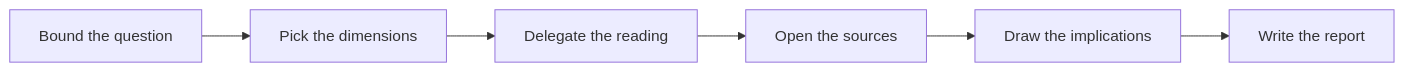
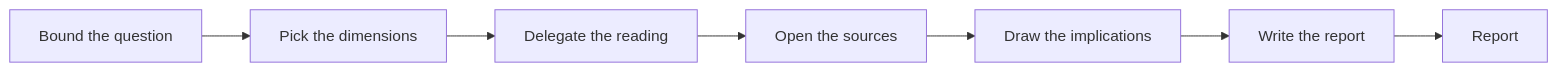
One commit to adeonir/agent-skills changed the diagram in skills/product/research/README.md. Above: the diagram before and after it, drawn with Mermaid. The commit also changed other lines of this file and 64 other files, not shown here.

````diff
--- a/skills/product/research/README.md
+++ b/skills/product/research/README.md
@@ -7,8 +7,9 @@
 ```mermaid
 flowchart LR
     Q[Bound the question] --> D[Pick the dimensions]
     D --> S[Delegate the reading]
     S --> O[Open the sources]
     O --> I[Draw the implications]
     I --> W[Write the report]
+    W --> R[Report]
 ```
````
